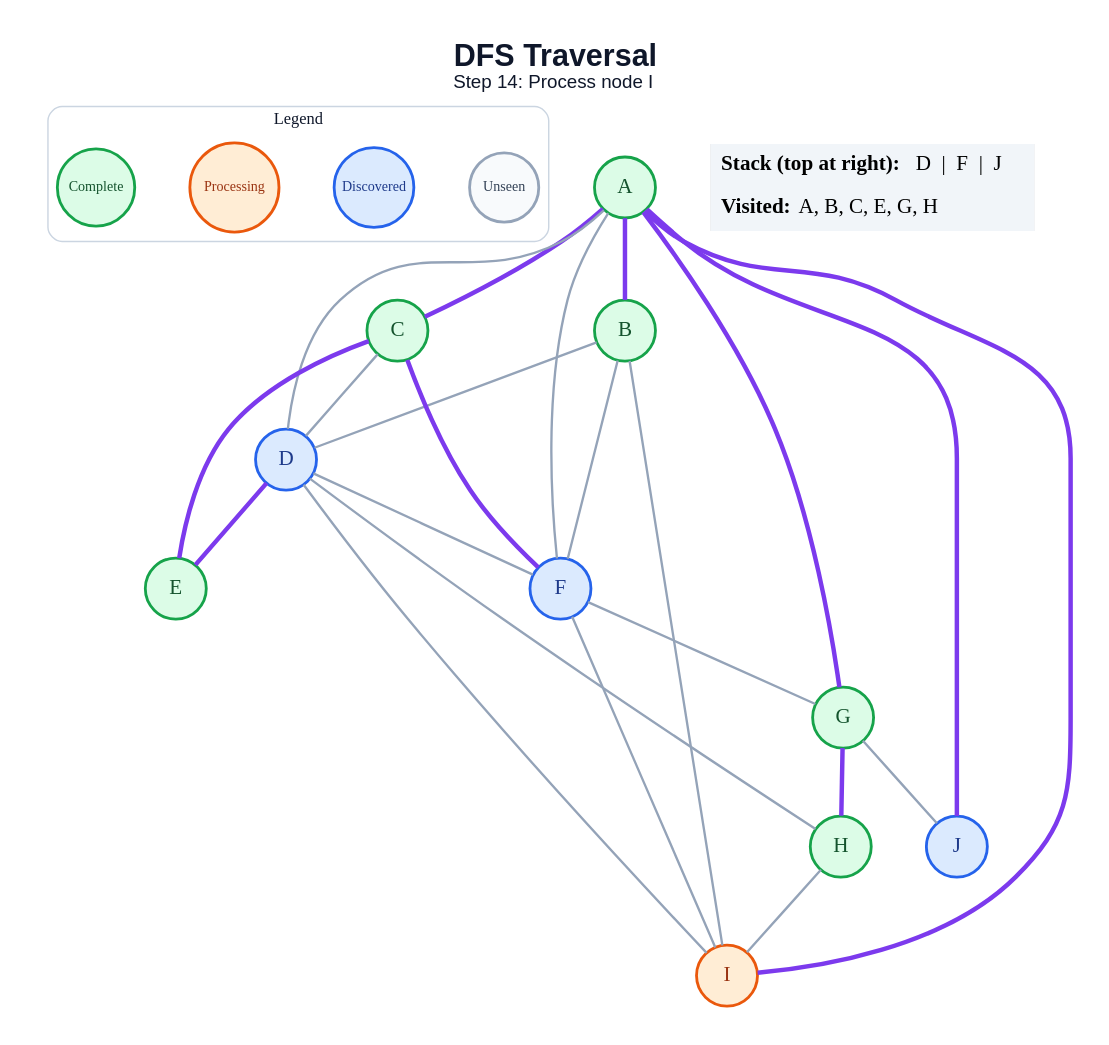
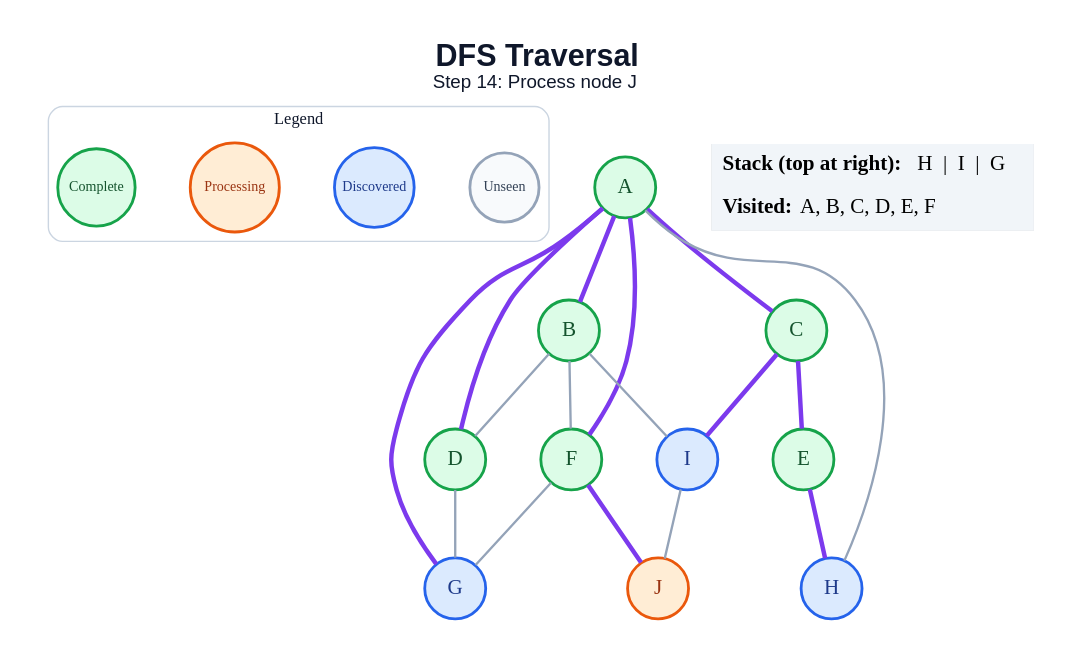
One commit to amanghodawala9/ai-slop changed the diagram in generated/specific-node/dfs/step_14.dot. Above: the diagram before and after it, drawn with Graphviz. The commit also changed 178 other files, not shown here.

```diff
--- a/generated/specific-node/dfs/step_14.dot
+++ b/generated/specific-node/dfs/step_14.dot
@@ -1,51 +1,45 @@
 graph traversal {
   graph [layout=dot, rankdir=TB, bgcolor="#FFFFFF", pad="0.35", nodesep="0.65", ranksep="0.8", fontname="Arial"];
   node [shape=circle, style="filled", fontname="Arial Bold", fontsize=18, width=0.72, fixedsize=true, penwidth=2.4];
   edge [color="#94A3B8", penwidth=2.0];
-  label=<<B>DFS Traversal</B><BR/><FONT POINT-SIZE="16">Step 14: Process node I</FONT>>; labelloc="t"; fontsize=26; fontname="Arial"; fontcolor="#0F172A";
+  label=<<B>DFS Traversal</B><BR/><FONT POINT-SIZE="16">Step 14: Process node J</FONT>>; labelloc="t"; fontsize=26; fontname="Arial"; fontcolor="#0F172A";
   subgraph cluster_legend { label="Legend"; color="#CBD5E1"; penwidth=1.2; style="rounded"; fontsize=14; fontname="Arial Bold";
     key_unseen [label="Unseen", fillcolor="#F8FAFC", color="#94A3B8", fontcolor="#334155", fontsize=12, width=0.82];
     key_frontier [label="Discovered", fillcolor="#DBEAFE", color="#2563EB", fontcolor="#1E3A8A", fontsize=12, width=0.95];
     key_current [label="Processing", fillcolor="#FFEDD5", color="#EA580C", fontcolor="#9A3412", fontsize=12, width=1.05];
     key_done [label="Complete", fillcolor="#DCFCE7", color="#16A34A", fontcolor="#14532D", fontsize=12, width=0.92];
     { rank=same; key_unseen; key_frontier; key_current; key_done; }
   }
   A [fillcolor="#DCFCE7", color="#16A34A", fontcolor="#14532D"];
   B [fillcolor="#DCFCE7", color="#16A34A", fontcolor="#14532D"];
   C [fillcolor="#DCFCE7", color="#16A34A", fontcolor="#14532D"];
-  D [fillcolor="#DBEAFE", color="#2563EB", fontcolor="#1E3A8A"];
+  D [fillcolor="#DCFCE7", color="#16A34A", fontcolor="#14532D"];
   E [fillcolor="#DCFCE7", color="#16A34A", fontcolor="#14532D"];
-  F [fillcolor="#DBEAFE", color="#2563EB", fontcolor="#1E3A8A"];
-  G [fillcolor="#DCFCE7", color="#16A34A", fontcolor="#14532D"];
-  H [fillcolor="#DCFCE7", color="#16A34A", fontcolor="#14532D"];
-  I [fillcolor="#FFEDD5", color="#EA580C", fontcolor="#9A3412"];
-  J [fillcolor="#DBEAFE", color="#2563EB", fontcolor="#1E3A8A"];
+  F [fillcolor="#DCFCE7", color="#16A34A", fontcolor="#14532D"];
+  G [fillcolor="#DBEAFE", color="#2563EB", fontcolor="#1E3A8A"];
+  H [fillcolor="#DBEAFE", color="#2563EB", fontcolor="#1E3A8A"];
+  I [fillcolor="#DBEAFE", color="#2563EB", fontcolor="#1E3A8A"];
+  J [fillcolor="#FFEDD5", color="#EA580C", fontcolor="#9A3412"];
   A -- B [color="#7C3AED", penwidth=3.8];
   A -- C [color="#7C3AED", penwidth=3.8];
-  A -- D;
-  A -- F;
+  A -- D [color="#7C3AED", penwidth=3.8];
+  A -- F [color="#7C3AED", penwidth=3.8];
   A -- G [color="#7C3AED", penwidth=3.8];
-  A -- I [color="#7C3AED", penwidth=3.8];
-  A -- J [color="#7C3AED", penwidth=3.8];
+  A -- H;
   B -- D;
   B -- F;
   B -- I;
-  C -- D;
   C -- E [color="#7C3AED", penwidth=3.8];
-  C -- F [color="#7C3AED", penwidth=3.8];
-  D -- E [color="#7C3AED", penwidth=3.8];
-  D -- F;
-  D -- H;
-  D -- I;
+  C -- I [color="#7C3AED", penwidth=3.8];
+  D -- G;
+  E -- H [color="#7C3AED", penwidth=3.8];
   F -- G;
-  F -- I;
-  G -- H [color="#7C3AED", penwidth=3.8];
-  G -- J;
-  H -- I;
+  F -- J [color="#7C3AED", penwidth=3.8];
+  I -- J;
   status [shape=plain, fixedsize=false, width=0, height=0, margin=0, label=<
     <TABLE BORDER="0" CELLBORDER="0" CELLPADDING="7" BGCOLOR="#F1F5F9">
-      <TR><TD ALIGN="LEFT"><B>Stack (top at right):</B> D  |  F  |  J</TD></TR>
-      <TR><TD ALIGN="LEFT"><B>Visited:</B> A, B, C, E, G, H</TD></TR>
+      <TR><TD ALIGN="LEFT"><B>Stack (top at right):</B> H  |  I  |  G</TD></TR>
+      <TR><TD ALIGN="LEFT"><B>Visited:</B> A, B, C, D, E, F</TD></TR>
     </TABLE>
   >];
 }
```
